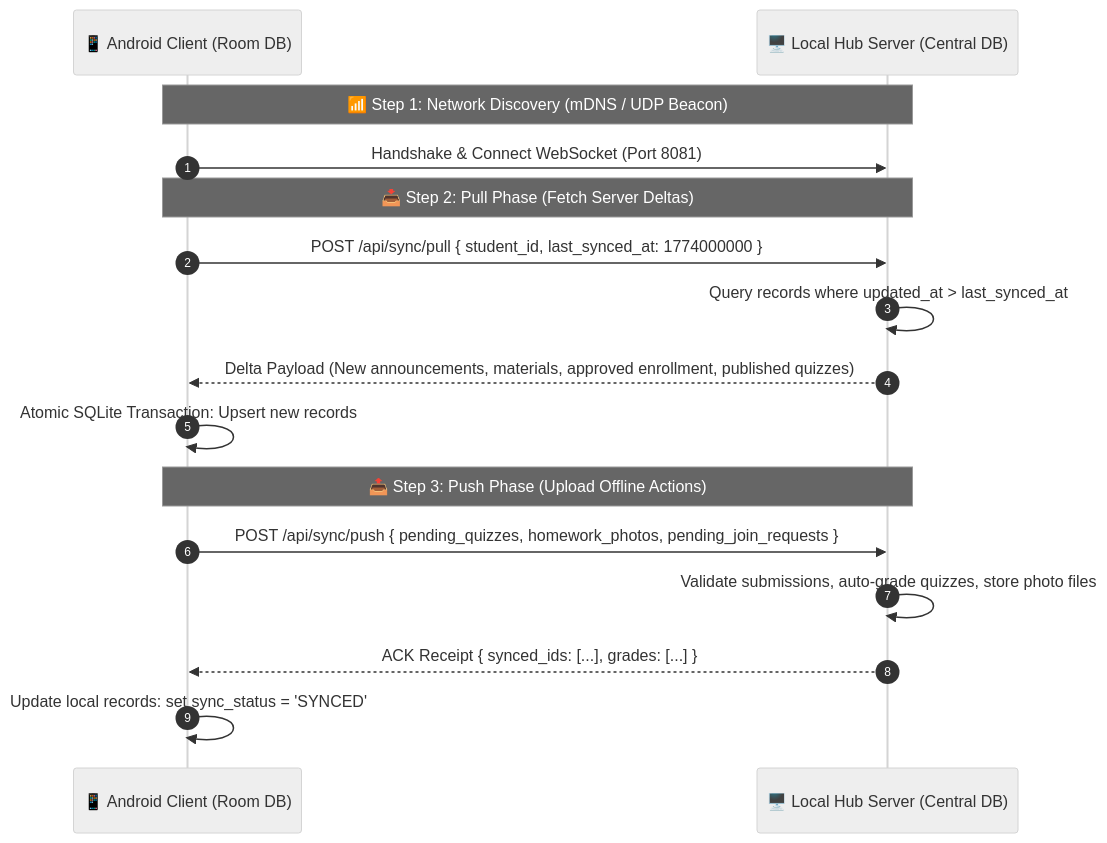
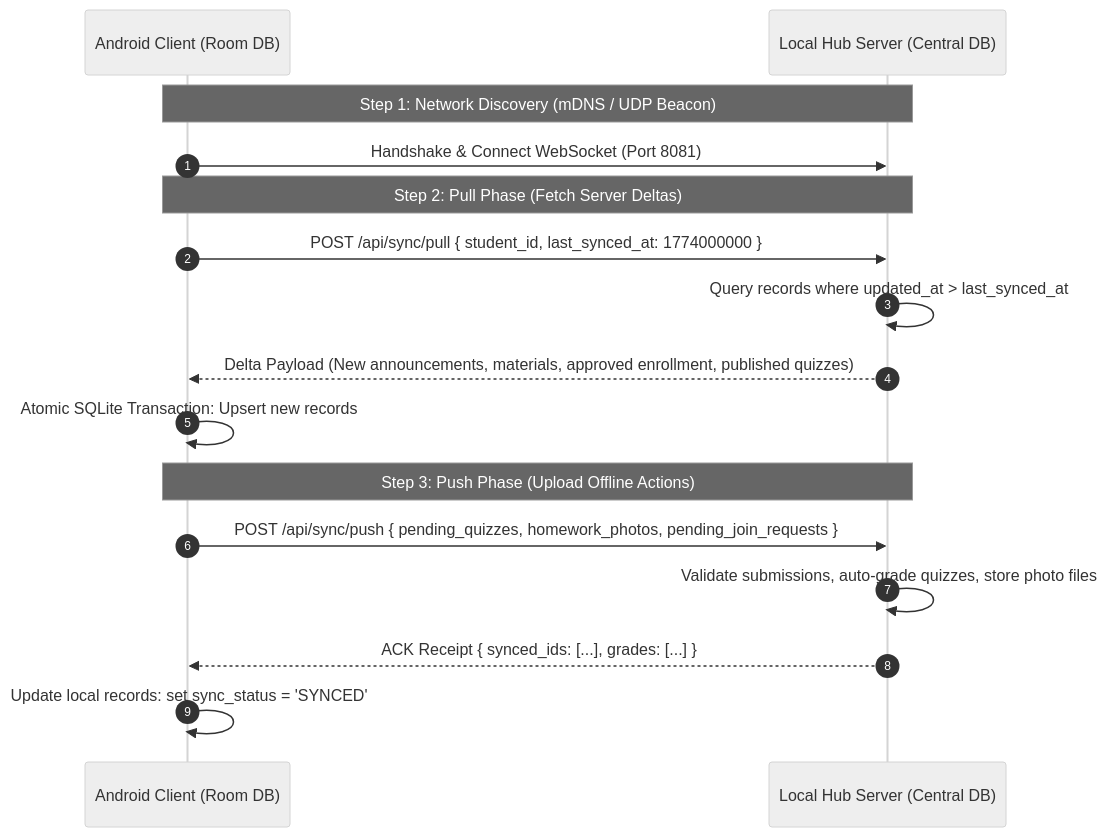
Before and after one commit to BootlegYouki/AraLokal: the fifth of 5 diagrams in PRD.md, drawn with Mermaid (neutral theme). The commit also changed other lines of this file and 1 other file, not shown here.

Commit message:
refactor: rename to AraLokal, expand scope to Grades 1-6, remove all emojis, clean Mermaid syntax

````diff
--- a/PRD.md
+++ b/PRD.md
@@ -390,21 +390,21 @@
 ```mermaid
 sequenceDiagram
-    autonumber
-    participant App as 📱 Android Client (Room DB)
-    participant Hub as 🖥️ Local Hub Server (Central DB)
+ autonumber
+ participant App as Android Client (Room DB)
+ participant Hub as Local Hub Server (Central DB)
 
-    Note over App,Hub: 📶 Step 1: Network Discovery (mDNS / UDP Beacon)
-    App->>Hub: Handshake & Connect WebSocket (Port 8081)
-    
-    Note over App,Hub: 📥 Step 2: Pull Phase (Fetch Server Deltas)
-    App->>Hub: POST /api/sync/pull { student_id, last_synced_at: 1774000000 }
-    Hub->>Hub: Query records where updated_at > last_synced_at
-    Hub-->>App: Delta Payload (New announcements, materials, approved enrollment, published quizzes)
-    App->>App: Atomic SQLite Transaction: Upsert new records
+ Note over App,Hub: Step 1: Network Discovery (mDNS / UDP Beacon)
+ App->>Hub: Handshake & Connect WebSocket (Port 8081)
+ 
+ Note over App,Hub: Step 2: Pull Phase (Fetch Server Deltas)
+ App->>Hub: POST /api/sync/pull { student_id, last_synced_at: 1774000000 }
+ Hub->>Hub: Query records where updated_at > last_synced_at
+ Hub-->>App: Delta Payload (New announcements, materials, approved enrollment, published quizzes)
+ App->>App: Atomic SQLite Transaction: Upsert new records
 
-    Note over App,Hub: 📤 Step 3: Push Phase (Upload Offline Actions)
-    App->>Hub: POST /api/sync/push { pending_quizzes, homework_photos, pending_join_requests }
-    Hub->>Hub: Validate submissions, auto-grade quizzes, store photo files
-    Hub-->>App: ACK Receipt { synced_ids: [...], grades: [...] }
-    App->>App: Update local records: set sync_status = 'SYNCED'
+ Note over App,Hub: Step 3: Push Phase (Upload Offline Actions)
+ App->>Hub: POST /api/sync/push { pending_quizzes, homework_photos, pending_join_requests }
+ Hub->>Hub: Validate submissions, auto-grade quizzes, store photo files
+ Hub-->>App: ACK Receipt { synced_ids: [...], grades: [...] }
+ App->>App: Update local records: set sync_status = 'SYNCED'
 ```
````
